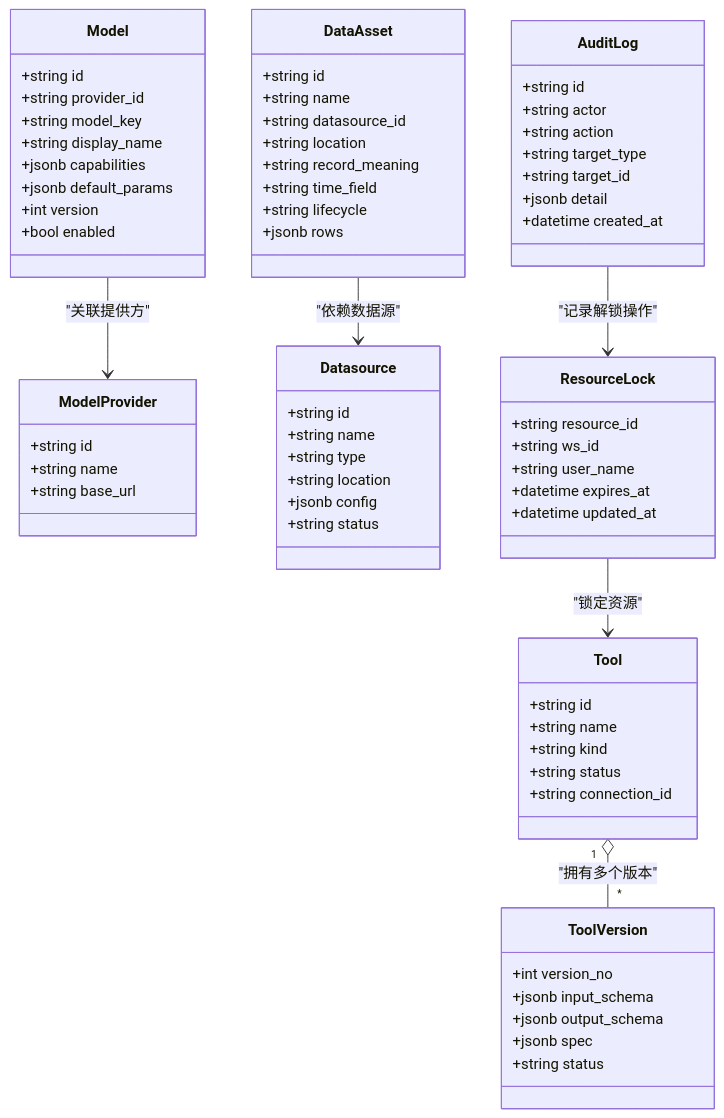
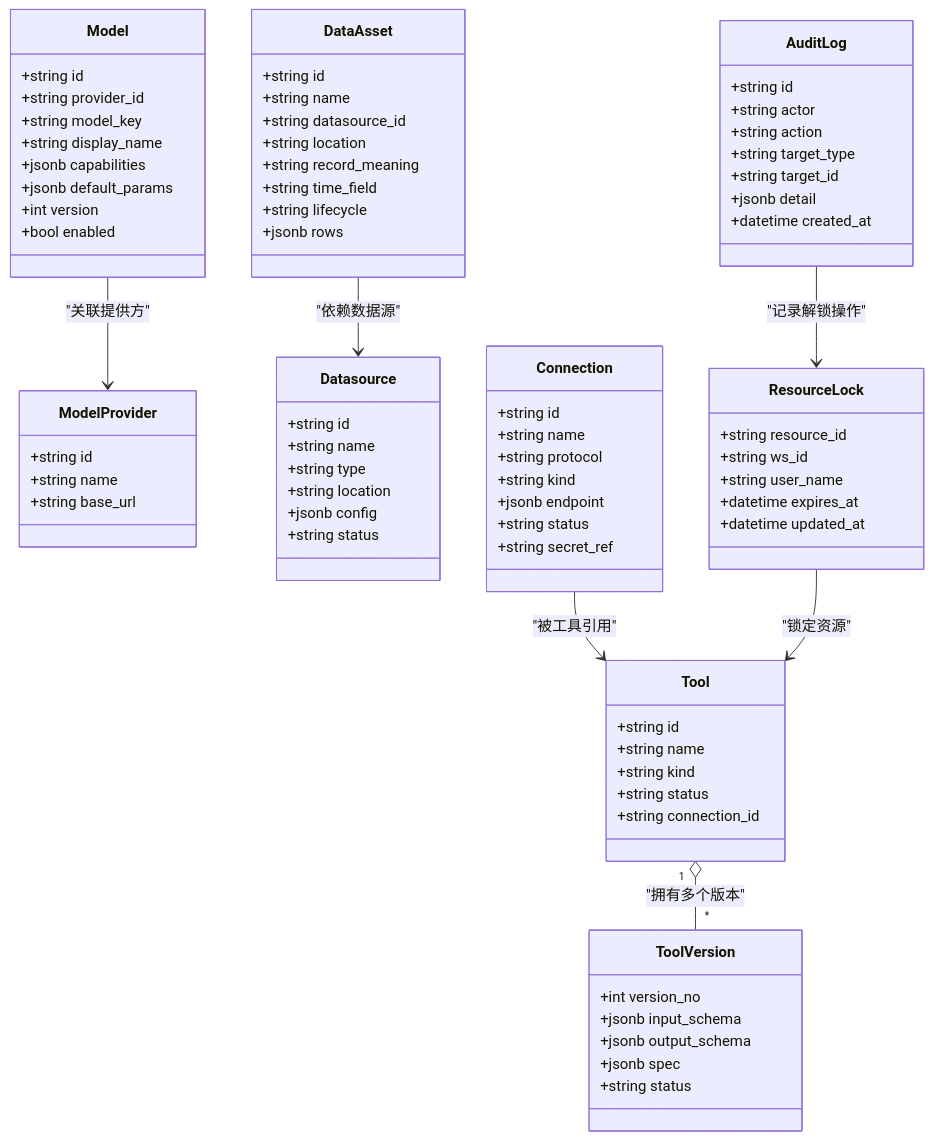
Before and after one commit to huiliuxu780/MoreThanCorn: the second of 3 diagrams in .qoder/repowiki/zh/content/资源管理域.md, drawn with Mermaid. The commit also changed other lines of this file and 63 other files, not shown here.

````diff
--- a/.qoder/repowiki/zh/content/资源管理域.md
+++ b/.qoder/repowiki/zh/content/资源管理域.md
@@ -141,71 +160,81 @@
 ```mermaid
 classDiagram
 class Tool {
 +string id
 +string name
 +string kind
 +string status
 +string connection_id
 }
 class ToolVersion {
 +int version_no
 +jsonb input_schema
 +jsonb output_schema
 +jsonb spec
 +string status
 }
 class Model {
 +string id
 +string provider_id
 +string model_key
 +string display_name
 +jsonb capabilities
 +jsonb default_params
 +int version
 +bool enabled
 }
 class ModelProvider {
 +string id
 +string name
 +string base_url
 }
 class Datasource {
 +string id
 +string name
 +string type
 +string location
 +jsonb config
 +string status
 }
 class DataAsset {
 +string id
 +string name
 +string datasource_id
 +string location
 +string record_meaning
 +string time_field
 +string lifecycle
 +jsonb rows
 }
+class Connection {
++string id
++string name
++string protocol
++string kind
++jsonb endpoint
++string status
++string secret_ref
+}
 class ResourceLock {
 +string resource_id
 +string ws_id
 +string user_name
 +datetime expires_at
 +datetime updated_at
 }
 class AuditLog {
 +string id
 +string actor
 +string action
 +string target_type
 +string target_id
 +jsonb detail
 +datetime created_at
 }
 Tool "1" o-- "*" ToolVersion : "拥有多个版本"
 Model --> ModelProvider : "关联提供方"
 DataAsset --> Datasource : "依赖数据源"
+Connection --> Tool : "被工具引用"
 ResourceLock --> Tool : "锁定资源"
 AuditLog --> ResourceLock : "记录解锁操作"
 ```
````
